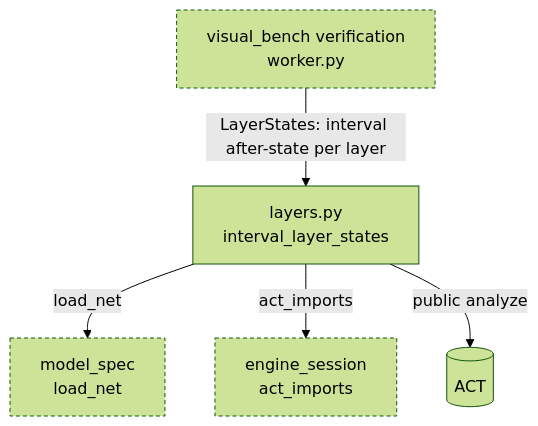
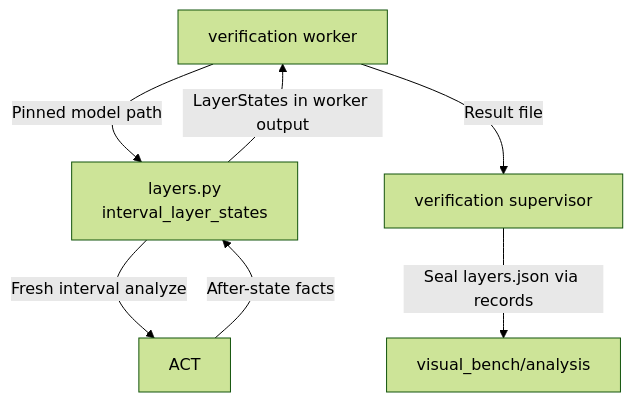
Before and after one commit to SVF-tools/ACT-GUI: the diagram in engine_bridge/inspection/README.md, drawn with Mermaid (forest theme). The commit also changed other lines of this file and 20 other files, not shown here.

````diff
--- a/engine_bridge/inspection/README.md
+++ b/engine_bridge/inspection/README.md
@@ -21,12 +20,9 @@
 ```mermaid
 flowchart TB
-  classDef ext stroke-dasharray: 4 3
-  W["visual_bench verification<br/>worker.py"]:::ext
-  MS["model_spec<br/>load_net"]:::ext
-  ES["engine_session<br/>act_imports"]:::ext
-  L["layers.py<br/>interval_layer_states"]
-  W -- "LayerStates: interval after-state per layer" --> L
-  L -- "load_net" --> MS
-  L -- "act_imports" --> ES
-  L -- "public analyze" --> ACT[("ACT")]
+Worker["verification worker"] -->|"Pinned model path"| Adapter["layers.py<br/>interval_layer_states"]
+  Adapter -->|"Fresh interval analyze"| ACT["ACT"]
+  ACT -->|"After-state facts"| Adapter
+  Adapter -->|"LayerStates in worker output"| Worker
+  Worker -->|"Result file"| Supervisor["verification supervisor"]
+  Supervisor -->|"Seal layers.json via records"| Reader["visual_bench/analysis"]
 ```
````
